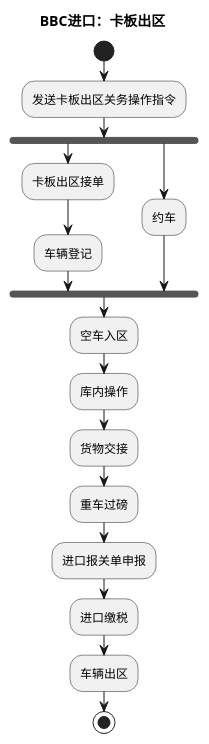
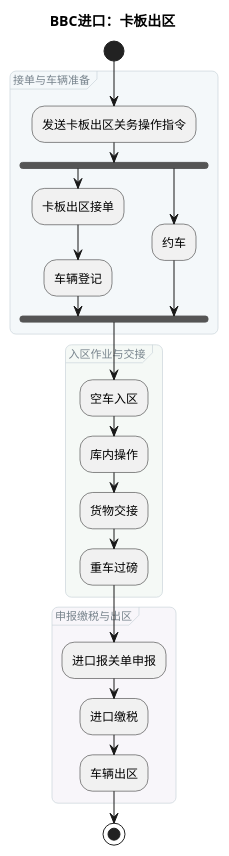
Diagram 11 of 12 in product-caliber/goldjet/segmented-prd/mainflow/PRD.高捷物流系统一期.主流程.06.跨境电商BBC进口详细流程.md (jack888332/projects-doc), drawn with PlantUML before and after one commit. The commit also changed other lines of this file and 16 other files, not shown here.

Commit message:
给DSL图分组

````diff
--- a/product-caliber/goldjet/segmented-prd/mainflow/PRD.高捷物流系统一期.主流程.06.跨境电商BBC进口详细流程.md
+++ b/product-caliber/goldjet/segmented-prd/mainflow/PRD.高捷物流系统一期.主流程.06.跨境电商BBC进口详细流程.md
@@ -409,22 +575,40 @@
 ```plantuml
 @startuml
 skinparam activityDiamondBackgroundColor #FFF4CC
+<style>
+activityDiagram {
+  group {
+    LineColor #CAD5DA
+    LineThickness 0.7
+    RoundCorner 12
+    FontColor #78848D
+    FontSize 11
+    FontStyle plain
+  }
+}
+</style>
 title BBC进口：卡板出区
 start
+group 接单与车辆准备 #F4F8FA {
 :发送卡板出区关务操作指令;
 fork
   :卡板出区接单;
   :车辆登记;
 fork again
   :约车;
 end fork
+}
+group 入区作业与交接 #F5F9F6 {
 :空车入区;
 :库内操作;
 :货物交接;
 :重车过磅;
+}
+group 申报缴税与出区 #F8F6FA {
 :进口报关单申报;
 :进口缴税;
 :车辆出区;
+}
 stop
 @enduml
 ```
````
